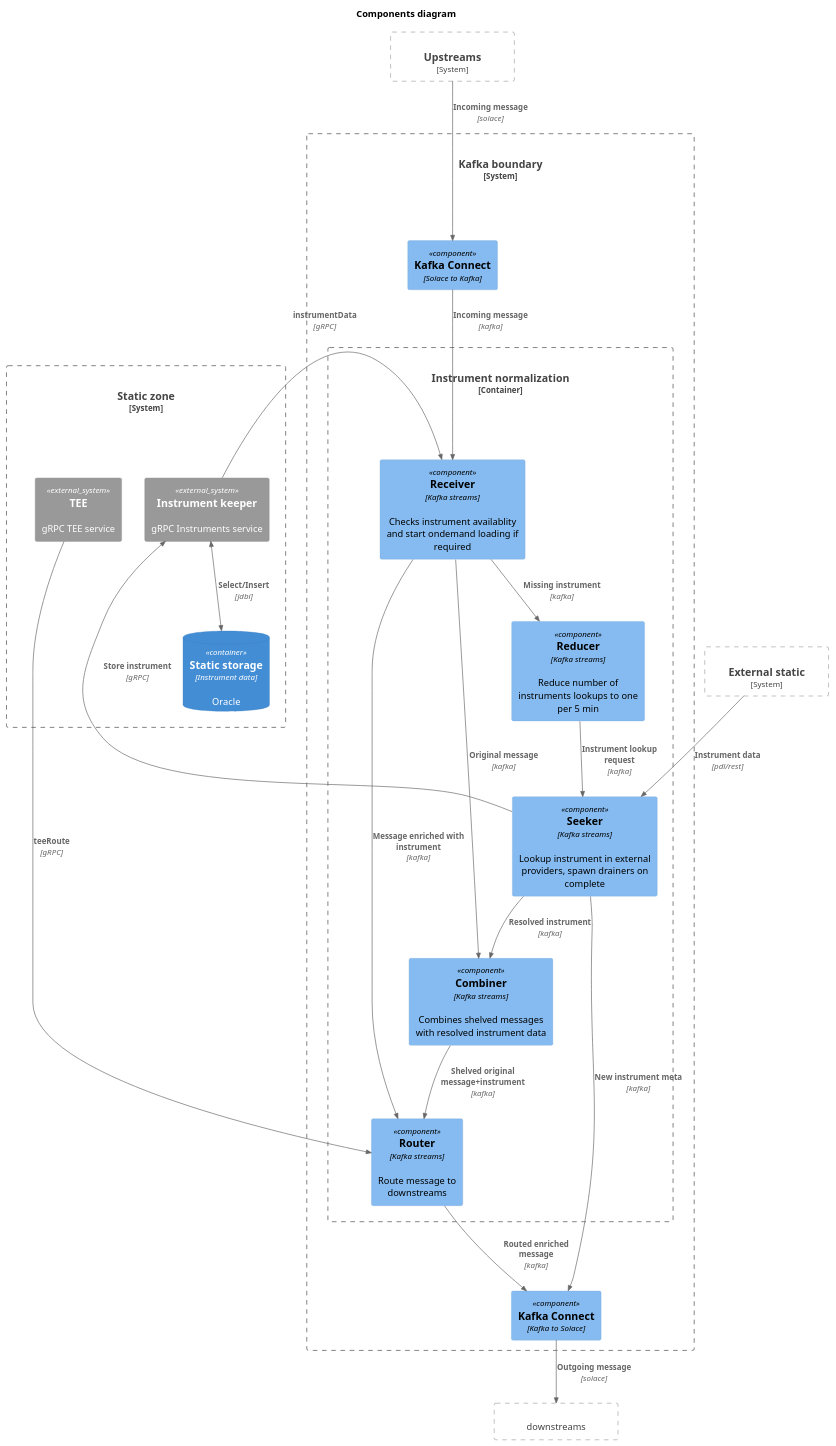
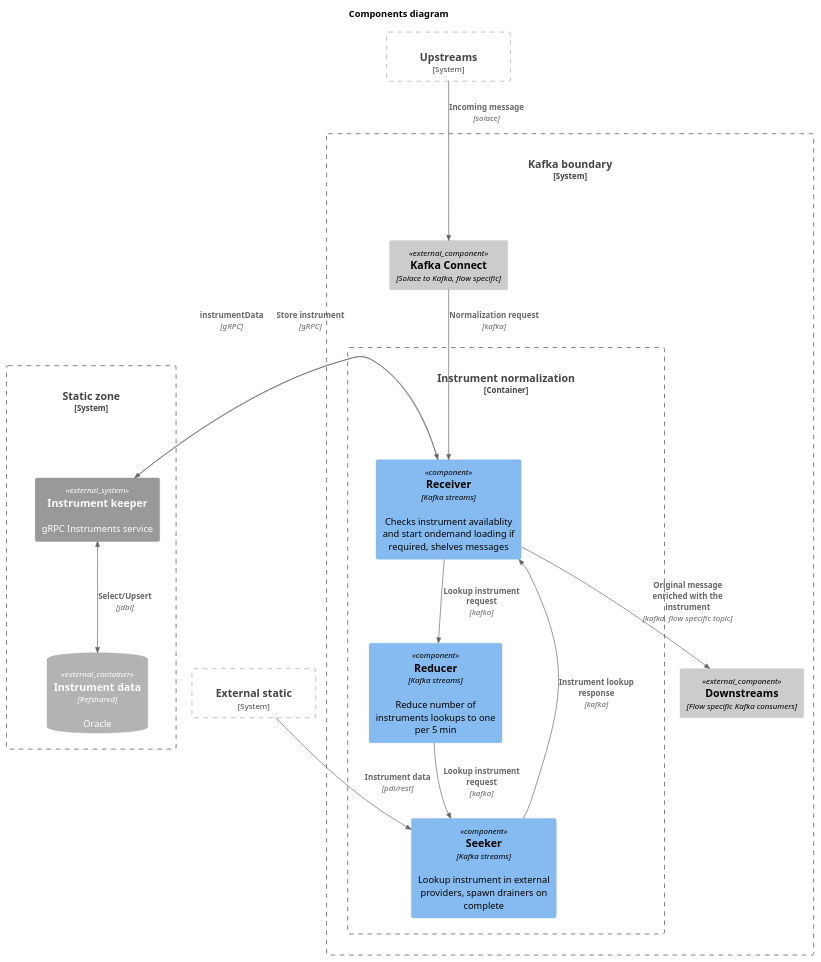
One commit to limitium/istrument-normalizer changed the diagram in docs/design/src/2 Design/2-2 Components diagram/design.puml. Above: the diagram before and after it, drawn with PlantUML. The commit also changed 25 other files, not shown here.

```diff
--- a/docs/design/src/2 Design/2-2 Components diagram/design.puml
+++ b/docs/design/src/2 Design/2-2 Components diagram/design.puml
@@ -1,70 +1,53 @@
 @startuml
 !include https://raw.githubusercontent.com/plantuml-stdlib/C4-PlantUML/master/C4_Container.puml
 !include https://raw.githubusercontent.com/plantuml-stdlib/C4-PlantUML/master/C4_Component.puml
 !include https://raw.githubusercontent.com/plantuml-stdlib/C4-PlantUML/master/C4_Deployment.puml
 
 title Components diagram
 
-LAYOUT_TOP_DOWN()
 
 AddRelTag("control", $textColor="blue", $lineColor="blue", $lineStyle = DashedLine())
 
 
 System_Boundary(upstreams, "Upstreams"){
 
 }
 
 System_Boundary(static_ext, "External static"){
 }
 
 System_Boundary(static, "Static zone"){
-    System_Ext(tee, "TEE", "gRPC TEE service")
     System_Ext(instr, "Instrument keeper", "gRPC Instruments service")
-    ContainerDb(db, "Static storage", "Instrument data", "Oracle")
+    ContainerDb_Ext(db, "Instrument data", "Refshared", "Oracle")
 }
 
 System_Boundary(kafka, "Kafka boundary"){
-    Component(kafka_connect_in, "Kafka Connect", "Solace to Kafka")
+    Component_Ext(kafka_connect_in, "Kafka Connect", "Solace to Kafka, flow specific")
     Container_Boundary(instrument_normalization, "Instrument normalization"){
-        Component(receiver, "Receiver", "Kafka streams", "Checks instrument availablity and start ondemand loading if required")
-        Component(router, "Router", "Kafka streams","Route message to downstreams")
+        Component(receiver, "Receiver", "Kafka streams", "Checks instrument availablity and start ondemand loading if required, shelves messages")
         Component(reducer, "Reducer", "Kafka streams", "Reduce number of instruments lookups to one per 5 min")
         Component(seeker, "Seeker", "Kafka streams", "Lookup instrument in external providers, spawn drainers on complete")
-        Component(combiner, "Combiner", "Kafka streams", "Combines shelved messages with resolved instrument data")
     }
-    Component(kafka_connect_out, "Kafka Connect", "Kafka to Solace")
+    Component_Ext(downstreams, "Downstreams", "Flow specific Kafka consumers")
 }
 
-Rel(receiver, reducer, "Missing instrument", "kafka")
-Rel(receiver, combiner, "Original message", "kafka")
+Rel(receiver, reducer, "Lookup instrument request", "kafka")
 
-Rel(reducer, seeker, "Instrument lookup request", "kafka")
+Rel(reducer, seeker, "Lookup instrument request", "kafka")
 Rel(static_ext, seeker, "Instrument data", "pdl/rest")
-Rel(seeker, instr, "Store instrument", "gRPC")
-Rel(seeker, combiner, "Resolved instrument", "kafka")
+Rel(receiver, instr, "Store instrument", "gRPC")
+Rel(seeker, receiver, "Instrument lookup response", "kafka")
 
-Rel(receiver, router, "Message enriched with instrument", "kafka")
-Rel(router, kafka_connect_out, "Routed enriched message", "kafka")
+Rel(receiver, downstreams, "Original message enriched with the instrument", "kafka, flow specific topic")
+
+Rel(upstreams, kafka_connect_in, "Incoming message", "solace")
+Rel(kafka_connect_in, receiver, "Normalization request", "kafka")
+
+BiRel(instr, db, "Select/Upsert", "jdbi")
+Rel(instr, receiver, "instrumentData", "gRPC")
 
 
-Rel(combiner, router, "Shelved original message+instrument", "kafka")
-
-Rel(upstreams, kafka_connect_in, "Incoming message", "solace")
-Rel(kafka_connect_in, receiver, "Incoming message", "kafka")
-
-BiRel(instr, db, "Select/Insert", "jdbi")
-Rel(tee, router, "teeRoute", "gRPC")
-Rel(instr, receiver, "instrumentData", "gRPC")
-
-Rel(seeker, kafka_connect_out, "New instrument meta", "kafka")
-
-Rel(kafka_connect_out, downstreams, "Outgoing message", "solace")
-
-
-System_Boundary(downstreams, "Downstreams"){
-
-}
-
 Lay_L(instrument_normalization, static)
+Lay_D(receiver,seeker)
 
 @enduml
```
